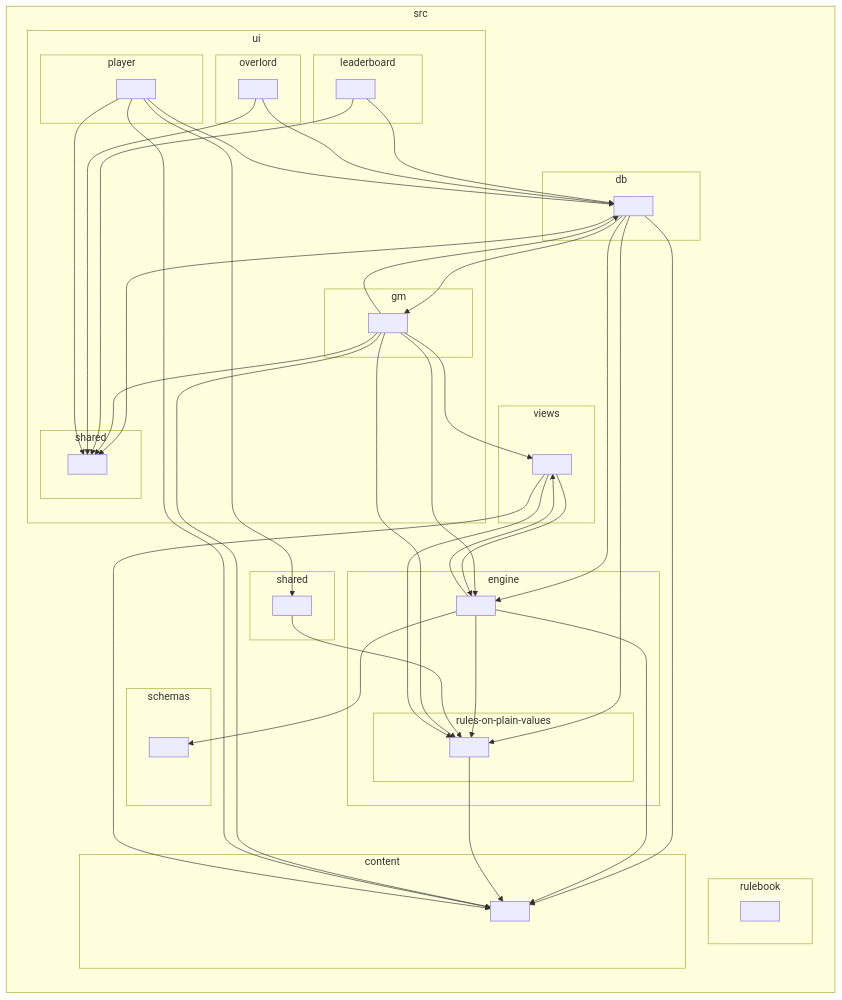
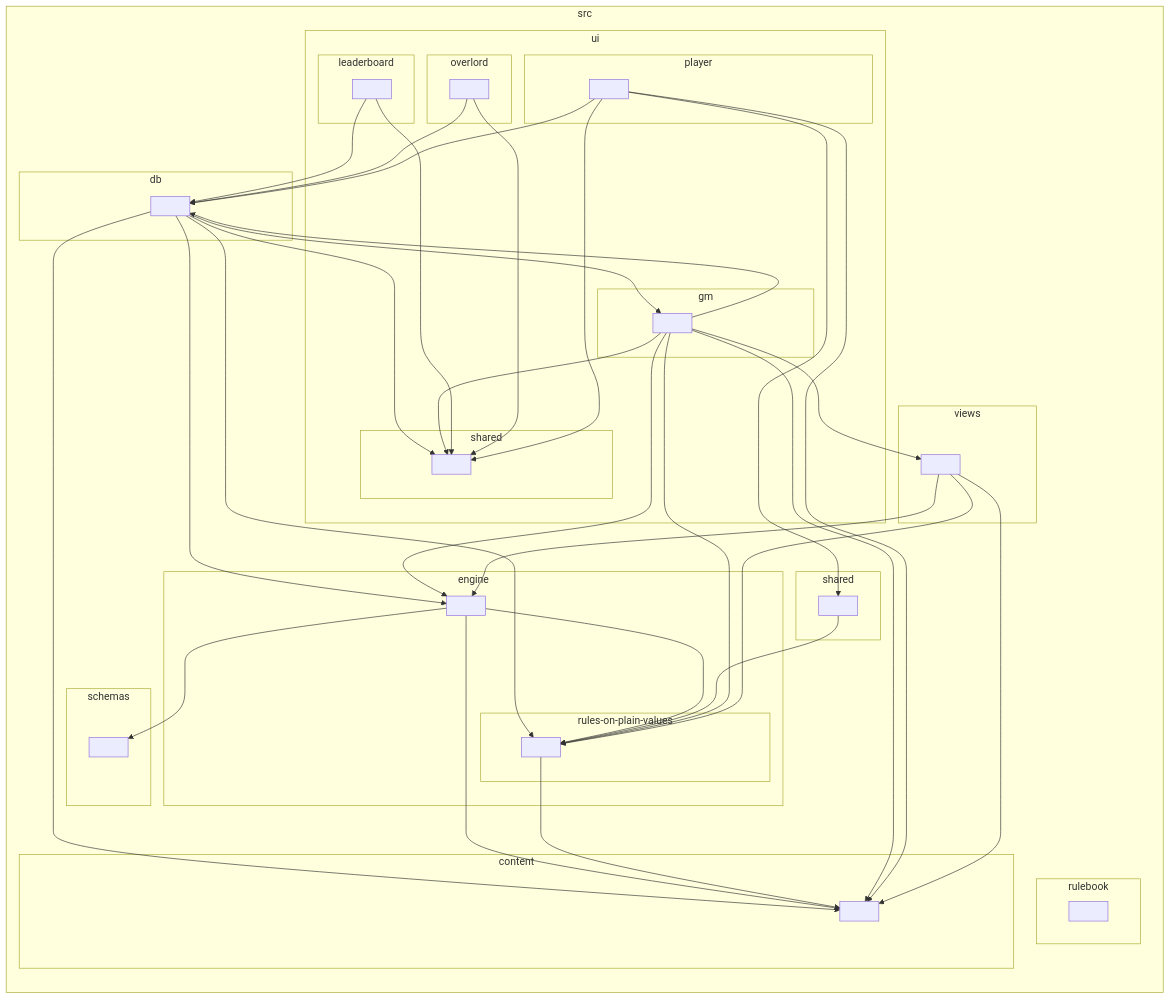
One commit to Nestalawe/kingdoms-call changed the diagram in docs/ARCHITECTURE.md. Above: the diagram before and after it, drawn with Mermaid. The commit also changed 26 other files, not shown here.

````diff
--- a/docs/ARCHITECTURE.md
+++ b/docs/ARCHITECTURE.md
@@ -181,75 +181,74 @@
 ```mermaid
 flowchart LR
 
 subgraph src["src"]
   subgraph src_content["content"]
     src_content_[" "]
   end
   subgraph src_db["db"]
     src_db_[" "]
   end
   subgraph src_engine["engine"]
     src_engine_[" "]
     subgraph src_engine_rules_on_plain_values["rules-on-plain-values"]
       src_engine_rules_on_plain_values_[" "]
     end
   end
   subgraph src_rulebook["rulebook"]
     src_rulebook_[" "]
   end
   subgraph src_schemas["schemas"]
     src_schemas_[" "]
   end
   subgraph src_shared["shared"]
     src_shared_[" "]
   end
   subgraph src_ui["ui"]
     subgraph src_ui_gm["gm"]
       src_ui_gm_[" "]
     end
     subgraph src_ui_leaderboard["leaderboard"]
       src_ui_leaderboard_[" "]
     end
     subgraph src_ui_overlord["overlord"]
       src_ui_overlord_[" "]
     end
     subgraph src_ui_player["player"]
       src_ui_player_[" "]
     end
     subgraph src_ui_shared["shared"]
       src_ui_shared_[" "]
     end
   end
   subgraph src_views["views"]
     src_views_[" "]
   end
 end
 src_db_-->src_engine_rules_on_plain_values_
 src_db_-->src_ui_gm_
 src_db_-->src_ui_shared_
 src_db_-->src_content_
 src_db_-->src_engine_
 src_engine_-->src_content_
 src_engine_-->src_engine_rules_on_plain_values_
 src_engine_-->src_schemas_
-src_engine_-->src_views_
 src_engine_rules_on_plain_values_-->src_content_
 src_shared_-->src_engine_rules_on_plain_values_
 src_ui_gm_-->src_content_
 src_ui_gm_-->src_db_
 src_ui_gm_-->src_engine_
 src_ui_gm_-->src_ui_shared_
 src_ui_gm_-->src_engine_rules_on_plain_values_
 src_ui_gm_-->src_views_
 src_ui_leaderboard_-->src_db_
 src_ui_leaderboard_-->src_ui_shared_
 src_ui_overlord_-->src_db_
 src_ui_overlord_-->src_ui_shared_
 src_ui_player_-->src_ui_shared_
 src_ui_player_-->src_shared_
 src_ui_player_-->src_content_
 src_ui_player_-->src_db_
+src_views_-->src_engine_
 src_views_-->src_content_
-src_views_-->src_engine_
 src_views_-->src_engine_rules_on_plain_values_
 ```
````
